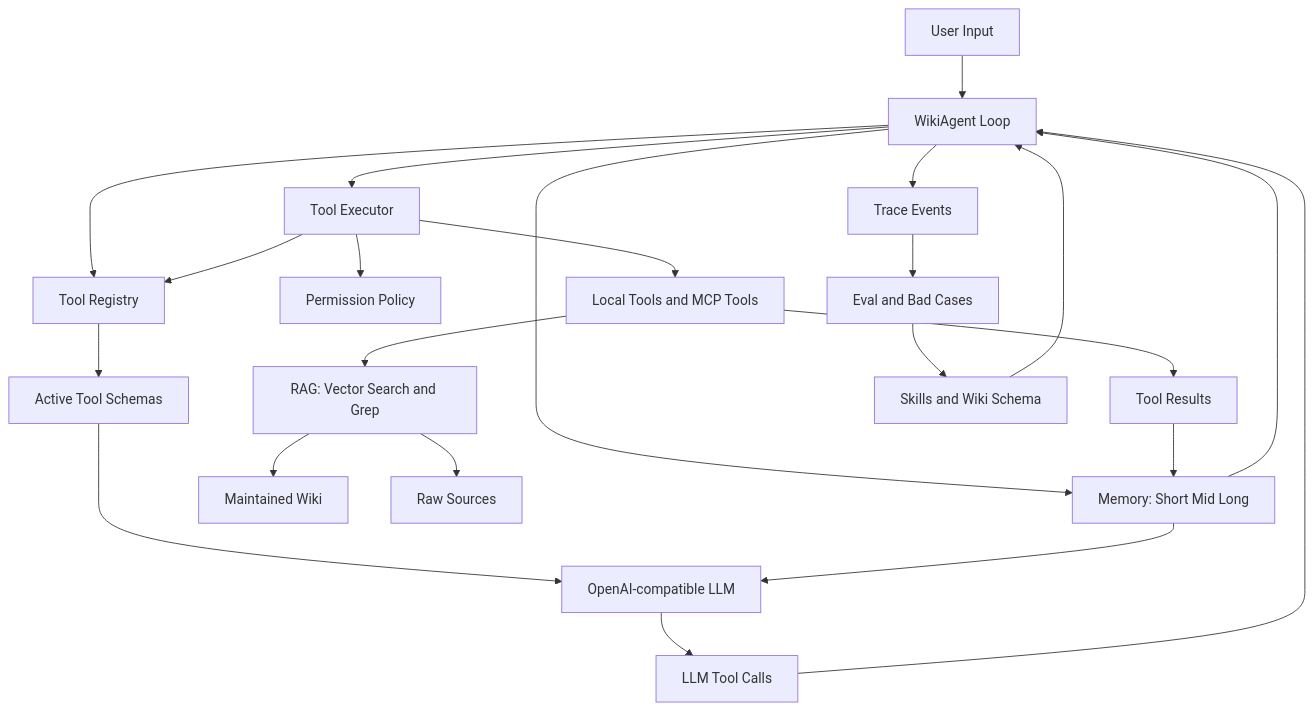
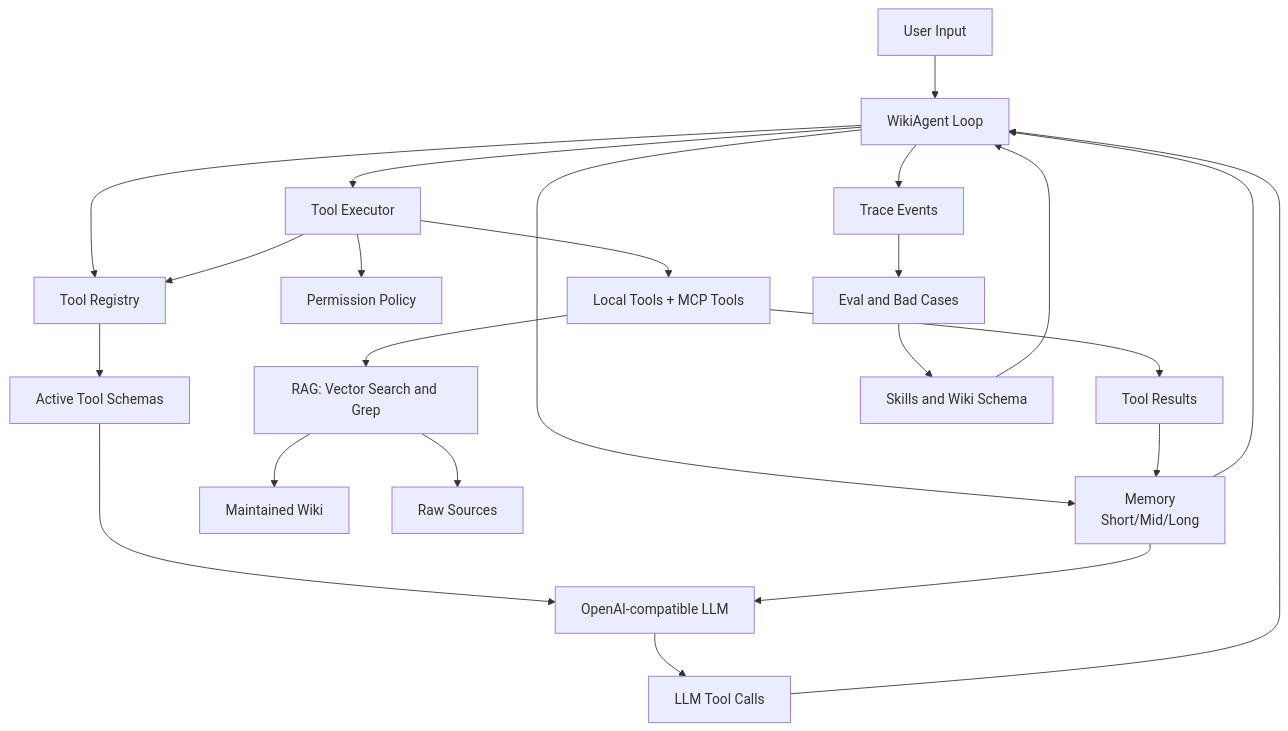
The first of 2 diagrams in README.md (liushupeng/wiki-agent), drawn with Mermaid before and after one commit. The commit also changed other lines of this file and 5 other files, not shown here.

````diff
--- a/README.md
+++ b/README.md
@@ -24,27 +22,27 @@
 ```mermaid
 flowchart TD
     userInput["User Input"] --> agentLoop["WikiAgent Loop"]
-    agentLoop --> memory["Memory: Short Mid Long"]
+    agentLoop --> memory["Memory<br>Short/Mid/Long"]
     agentLoop --> registry["Tool Registry"]
     registry --> toolSchemas["Active Tool Schemas"]
     toolSchemas --> model["OpenAI-compatible LLM"]
     memory --> model
     model --> toolCalls["LLM Tool Calls"]
     toolCalls --> agentLoop
     agentLoop --> executor["Tool Executor"]
     executor --> policy["Permission Policy"]
     executor --> registry
-    executor --> tools["Local Tools and MCP Tools"]
+    executor --> tools["Local Tools + MCP Tools"]
     tools --> toolResults["Tool Results"]
     toolResults --> memory
     memory --> agentLoop
 
     tools --> ragLayer["RAG: Vector Search and Grep"]
     ragLayer --> wikiLayer["Maintained Wiki"]
     ragLayer --> rawSources["Raw Sources"]
 
     agentLoop --> trace["Trace Events"]
     trace --> evalLoop["Eval and Bad Cases"]
     evalLoop --> skills["Skills and Wiki Schema"]
     skills --> agentLoop
 ```
````
